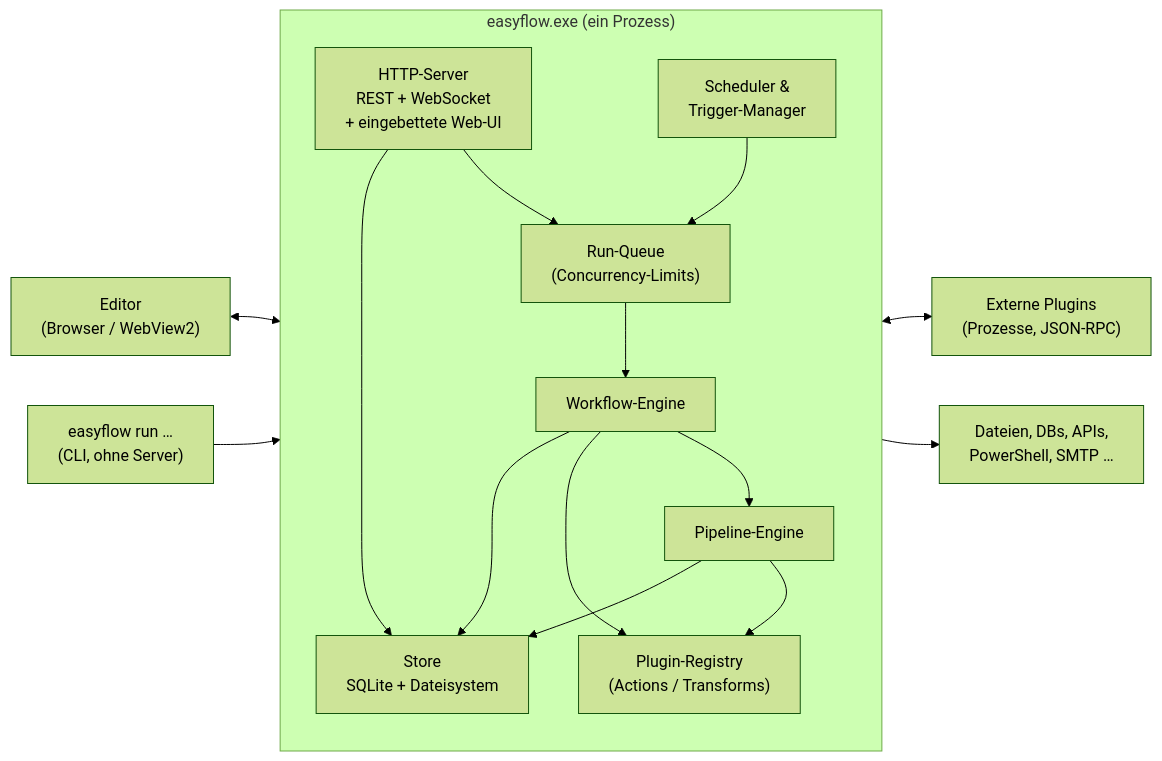
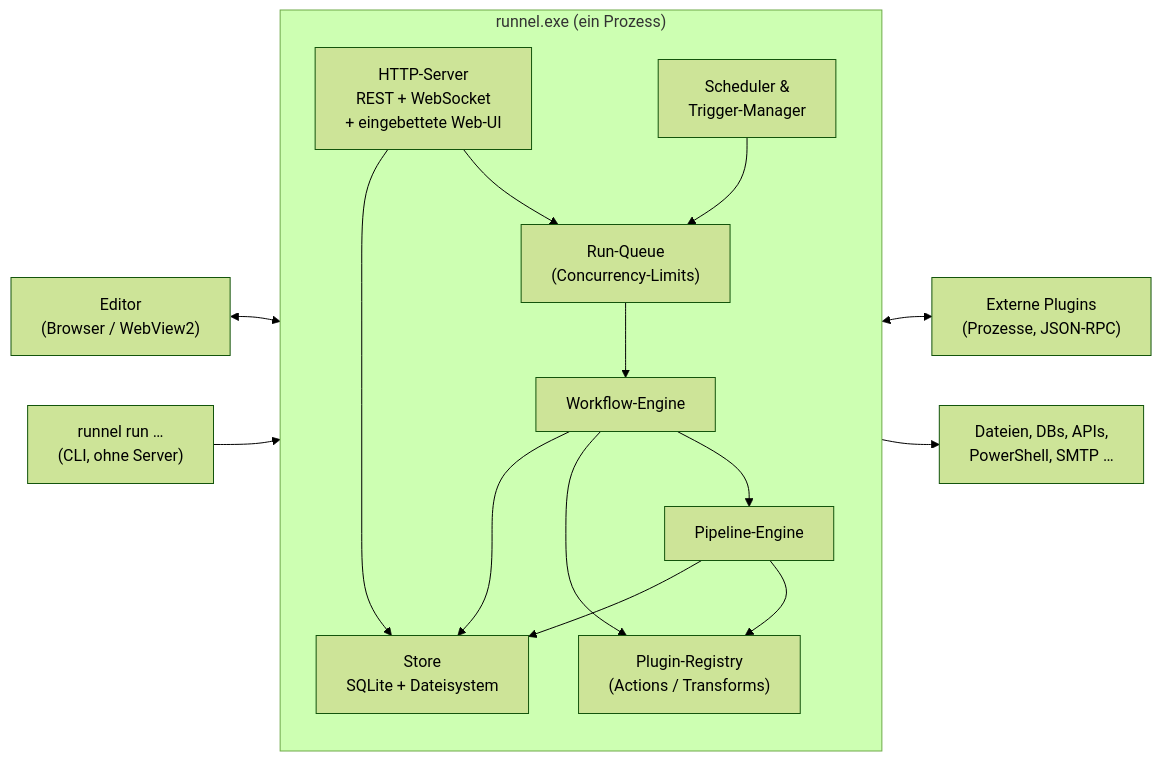
One commit to runnelhq/runnel changed the second of 4 diagrams in docs/KONZEPT.md. Above: the diagram before and after it, drawn with Mermaid (forest theme). The commit also changed other lines of this file and 11 other files, not shown here.

````diff
--- a/docs/KONZEPT.md
+++ b/docs/KONZEPT.md
@@ -180,26 +180,26 @@
 ```mermaid
 flowchart LR
-    subgraph EXE["easyflow.exe (ein Prozess)"]
+    subgraph EXE["runnel.exe (ein Prozess)"]
         direction TB
         API["HTTP-Server<br/>REST + WebSocket<br/>+ eingebettete Web-UI"]
         SCHED["Scheduler &<br/>Trigger-Manager"]
         QUEUE["Run-Queue<br/>(Concurrency-Limits)"]
         WFE["Workflow-Engine"]
         PLE["Pipeline-Engine"]
         REG["Plugin-Registry<br/>(Actions / Transforms)"]
         STORE["Store<br/>SQLite + Dateisystem"]
         API --> QUEUE
         SCHED --> QUEUE
         QUEUE --> WFE
         WFE --> PLE
         WFE --> REG
         PLE --> REG
         WFE --> STORE
         PLE --> STORE
         API --> STORE
     end
     Browser["Editor<br/>(Browser / WebView2)"] <--> API
-    CLI["easyflow run …<br/>(CLI, ohne Server)"] --> WFE
+    CLI["runnel run …<br/>(CLI, ohne Server)"] --> WFE
     REG <--> EXT["Externe Plugins<br/>(Prozesse, JSON-RPC)"]
     WFE --> SYS["Dateien, DBs, APIs,<br/>PowerShell, SMTP …"]
 ```
````
